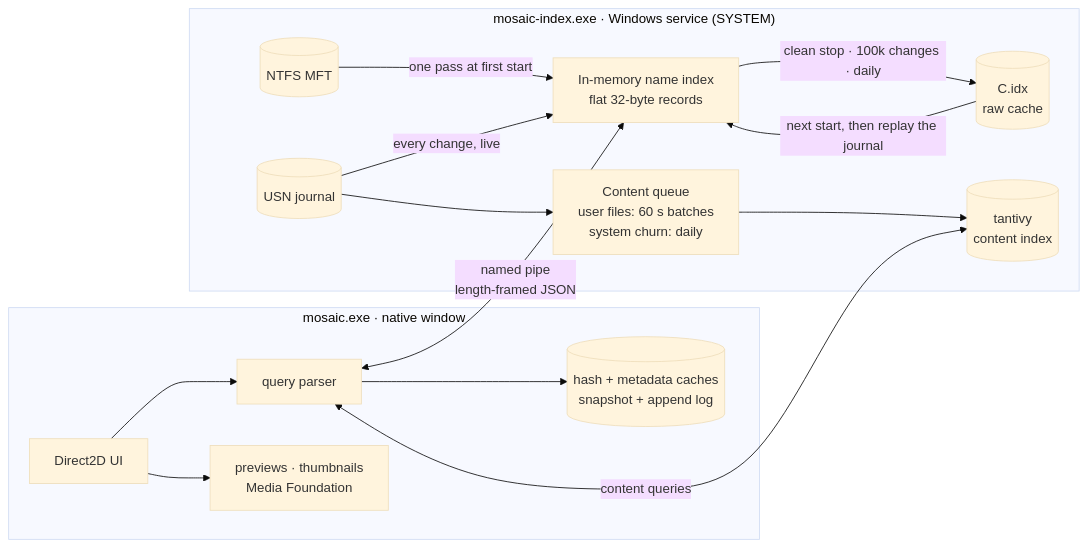
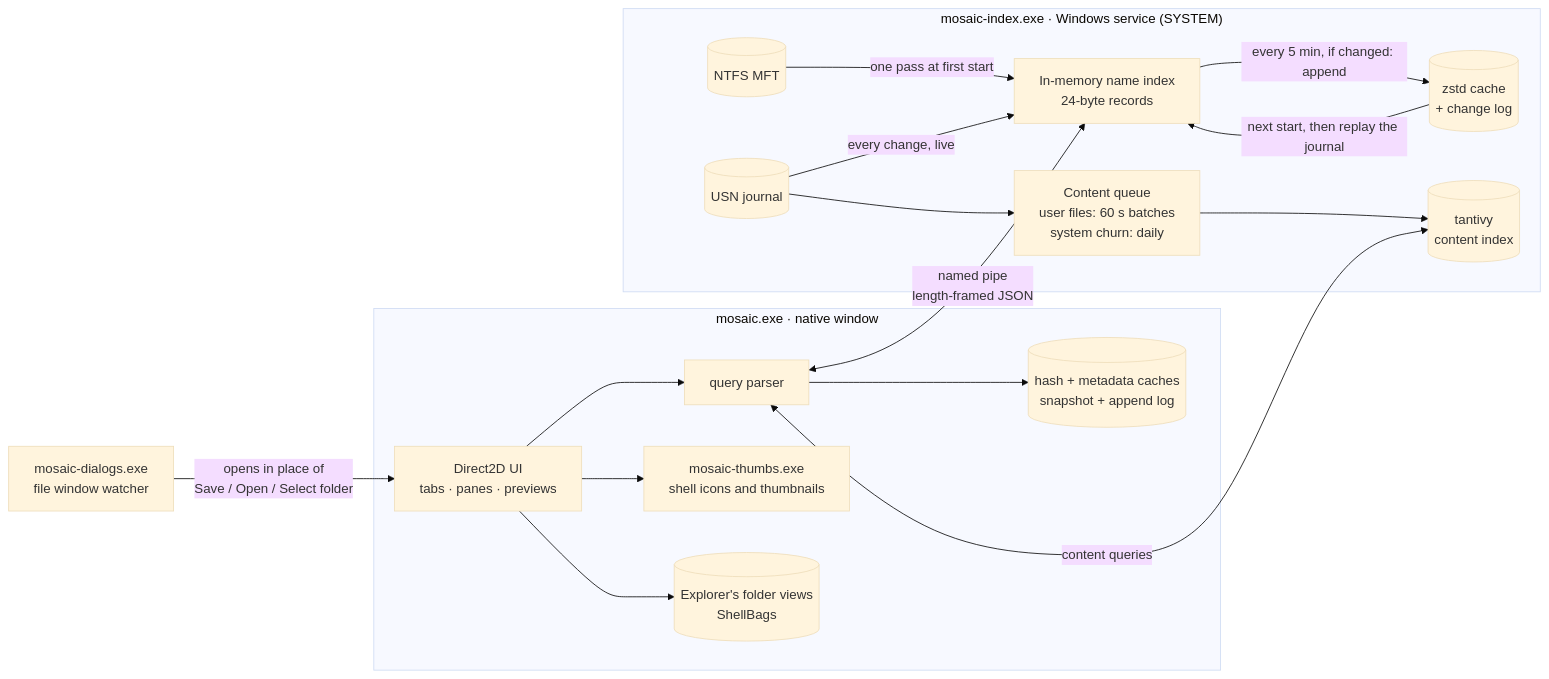
One commit to FrCynda/Mosaic changed the diagram in README.md. Above: the diagram before and after it, drawn with Mermaid (base theme). The commit also changed other lines of this file, not shown here.

Commit message:
README: rewrite for tabs, file windows, Explorer views and the leaner index

````diff
--- a/README.md
+++ b/README.md
@@ -153,18 +196,20 @@
 ```mermaid
 flowchart LR
     subgraph SYS["mosaic-index.exe · Windows service (SYSTEM)"]
-        MFT[("NTFS MFT")] -->|one pass at first start| IDX["In-memory name index<br/>flat 32-byte records"]
+        MFT[("NTFS MFT")] -->|one pass at first start| IDX["In-memory name index<br/>24-byte records"]
         USN[("USN journal")] -->|every change, live| IDX
-        IDX -->|clean stop · 100k changes · daily| CACHE[("C.idx<br/>raw cache")]
+        IDX -->|every 5 min, if changed: append| CACHE[("zstd cache<br/>+ change log")]
         CACHE -->|next start, then replay the journal| IDX
         USN --> CQ["Content queue<br/>user files: 60 s batches<br/>system churn: daily"]
         CQ --> TAN[("tantivy<br/>content index")]
     end
     subgraph GUI["mosaic.exe · native window"]
-        UI["Direct2D UI"] --> Q["query parser"]
-        UI --> PV["previews · thumbnails<br/>Media Foundation"]
+        UI["Direct2D UI<br/>tabs · panes · previews"] --> Q["query parser"]
+        UI --> TH["mosaic-thumbs.exe<br/>shell icons and thumbnails"]
+        UI --> SB[("Explorer's folder views<br/>ShellBags")]
         Q --> KV[("hash + metadata caches<br/>snapshot + append log")]
     end
+    DLG["mosaic-dialogs.exe<br/>file window watcher"] -->|opens in place of<br/>Save / Open / Select folder| UI
     Q <-->|"named pipe<br/>length-framed JSON"| IDX
     Q <-->|content queries| TAN
 ```
````
